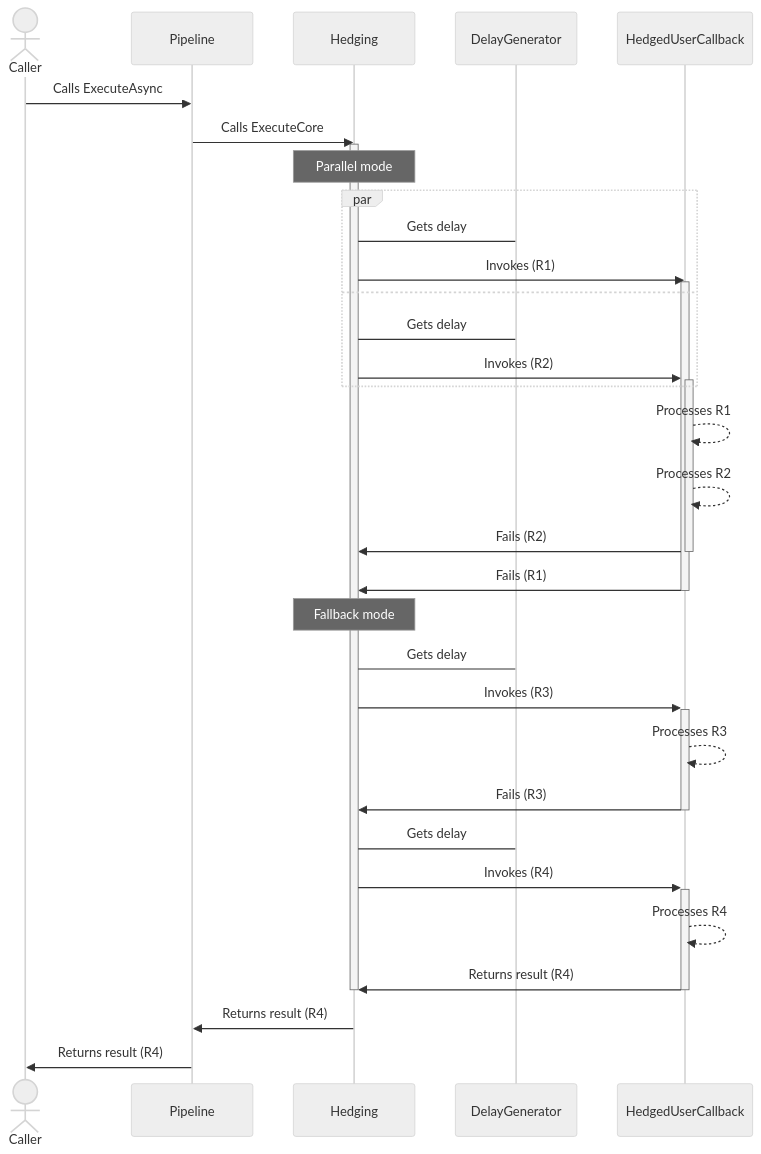
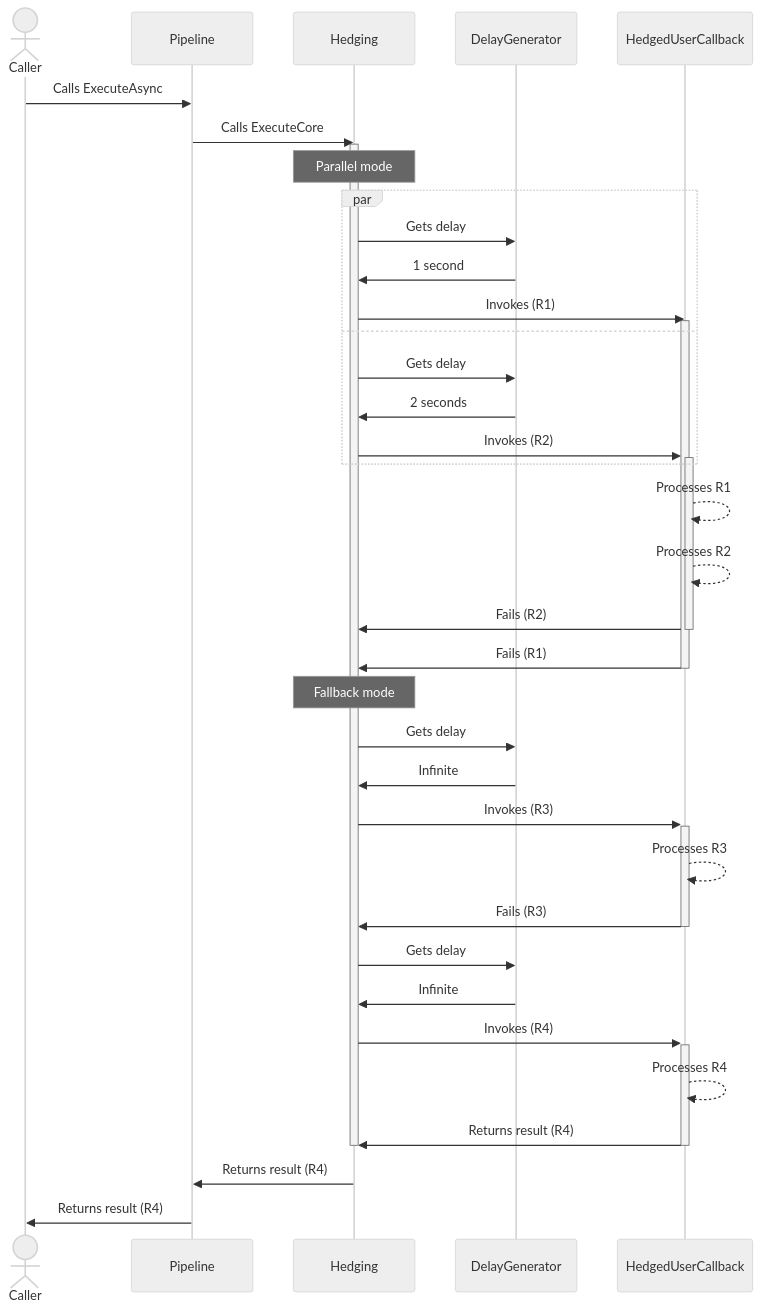
The seventh of 8 diagrams in docs/strategies/hedging.md (App-vNext/Polly), drawn with Mermaid (neutral theme) before and after one commit. The commit also changed other lines of this file, not shown here.

Commit message:
Updates hedging diagrams based on feedbacks

````diff
--- a/docs/strategies/hedging.md
+++ b/docs/strategies/hedging.md
@@ -344,43 +344,47 @@
 ```mermaid
 sequenceDiagram
     actor C as Caller
     participant P as Pipeline
     participant H as Hedging
     participant DG as DelayGenerator
     participant HUC as HedgedUserCallback
 
     C->>P: Calls ExecuteAsync
     P->>H: Calls ExecuteCore
     activate H
 
     Note over H: Parallel mode
     par
-    H -> DG: Gets delay
+    H->>DG: Gets delay
+    DG->>H: 1 second
     H->>HUC: Invokes (R1)
     activate HUC
     and
-    H -> DG: Gets delay
+    H ->> DG: Gets delay
+    DG ->> H: 2 seconds
     H->>+HUC: Invokes (R2)
     end
 
     HUC-->>HUC: Processes R1
     HUC-->>HUC: Processes R2
     HUC->>-H: Fails (R2)
     HUC->>-H: Fails (R1)
 
     Note over H: Fallback mode
 
-    H -> DG: Gets delay
+    H->>DG: Gets delay
+    DG->>H: Infinite
     H->>+HUC: Invokes (R3)
     HUC-->>HUC: Processes R3
     HUC->>-H: Fails (R3)
 
-    H -> DG: Gets delay
+    H->>DG: Gets delay
+    DG->>H: Infinite
     H->>+HUC: Invokes (R4)
     HUC-->>HUC: Processes R4
     HUC->>-H: Returns result (R4)
 
     deactivate H
     H->>P: Returns result (R4)
     P->>C: Returns result (R4)
 ```
````
